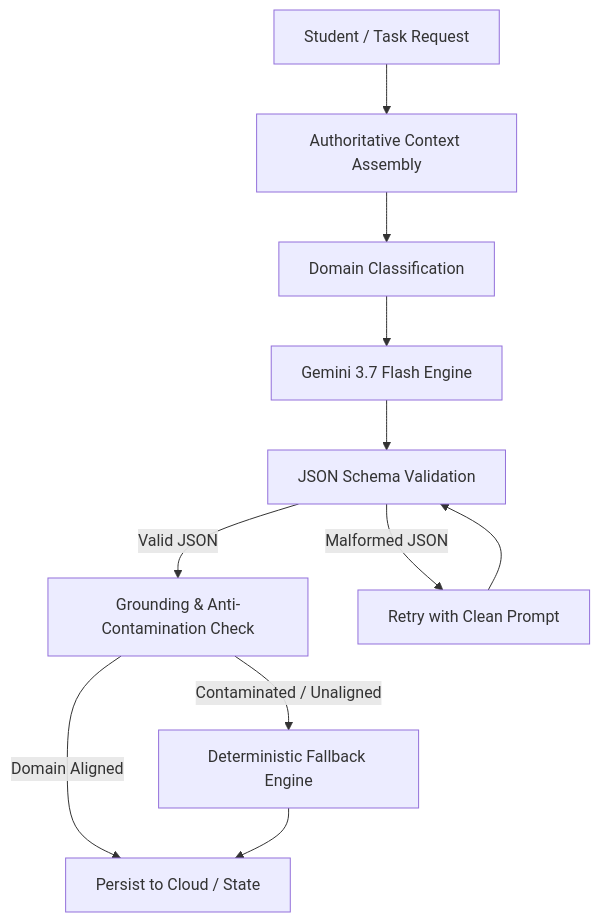
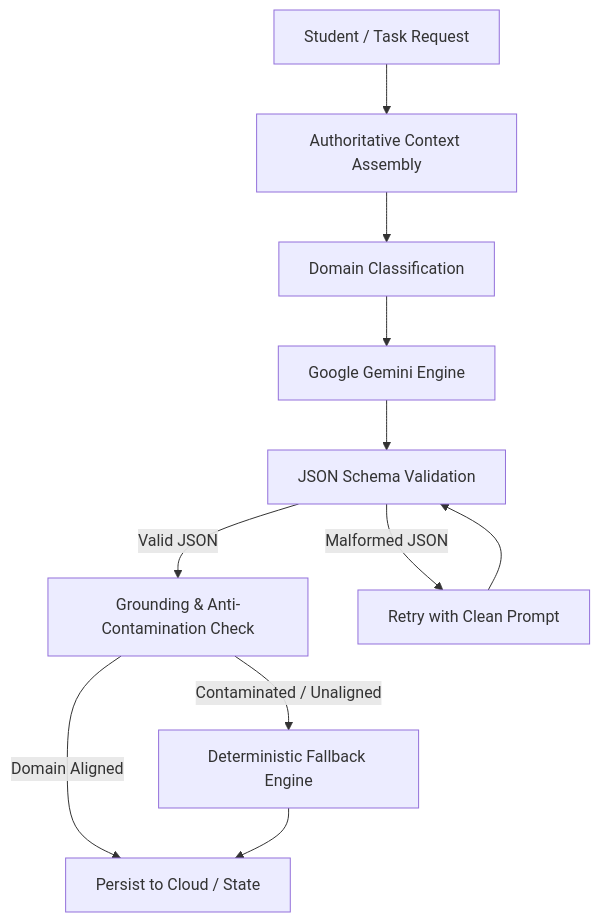
One commit to masettyabhinay/novara changed the third of 4 diagrams in README.md. Above: the diagram before and after it, drawn with Mermaid. The commit also changed other lines of this file, not shown here.

````diff
--- a/README.md
+++ b/README.md
@@ -193,13 +193,13 @@
 ```mermaid
 flowchart TD
     A[Student / Task Request] --> B[Authoritative Context Assembly]
     B --> C[Domain Classification]
-    C --> D[Gemini 3.7 Flash Engine]
+    C --> D[Google Gemini Engine]
     D --> E[JSON Schema Validation]
     E -->|Valid JSON| F[Grounding & Anti-Contamination Check]
     E -->|Malformed JSON| G[Retry with Clean Prompt]
     G --> E
     F -->|Domain Aligned| H[Persist to Cloud / State]
     F -->|Contaminated / Unaligned| I[Deterministic Fallback Engine]
     I --> H
 ```
````
